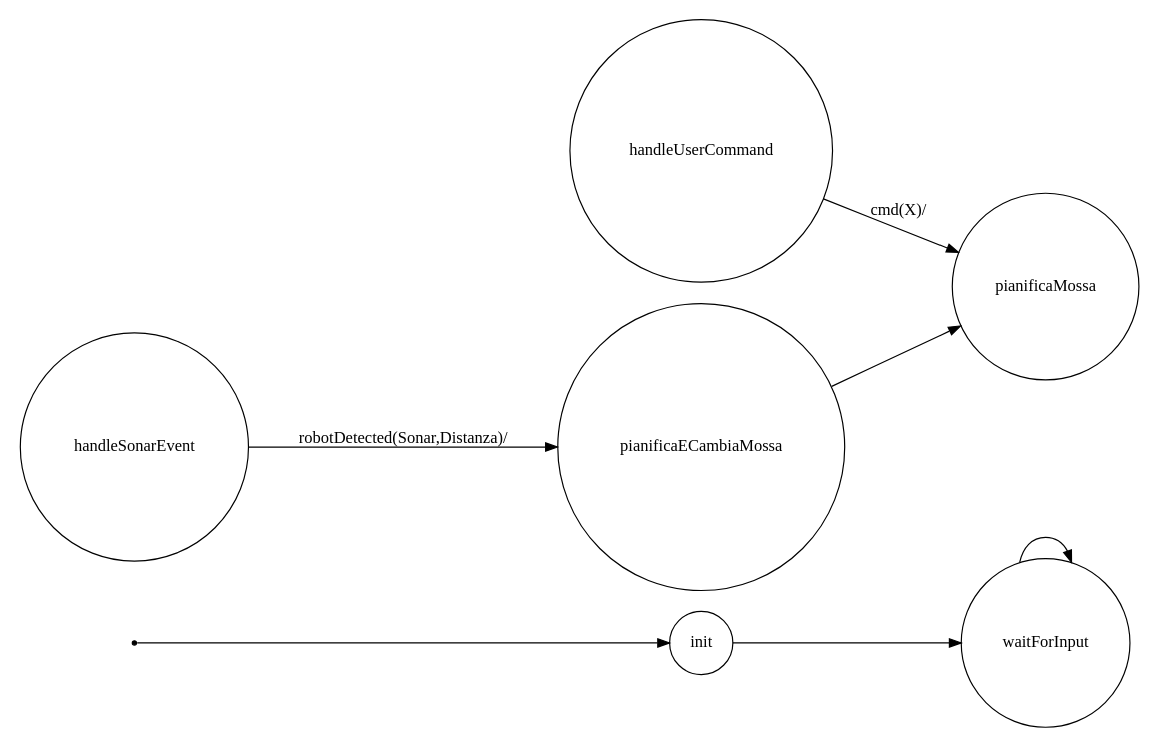
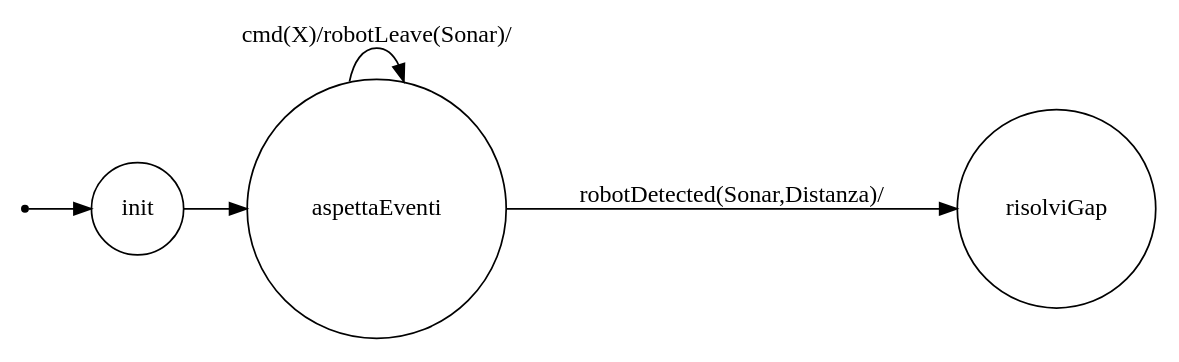
One commit to sabbio93/QRobotEvitaMuri changed the diagram in Model3/srcMore/it/unibo/robotmind/dotFsm.gv. Above: the diagram before and after it, drawn with Graphviz. The commit also changed 43 other files, not shown here.

```diff
--- a/Model3/srcMore/it/unibo/robotmind/dotFsm.gv
+++ b/Model3/srcMore/it/unibo/robotmind/dotFsm.gv
@@ -1,28 +1,23 @@
 /*
 *
 * A GraphViz DOT FSM description 
 * Please use a GraphViz visualizer (like http://www.webgraphviz.com)
 * 
 * Generated by AM,NC,RM
 *  
 */
  
 digraph finite_state_machine {
   	rankdir=LR;
   	size="8,5"
   	node [shape = point]; iniziale;
   	node [shape = doublecircle]; 
   	node [shape = circle];
   	iniziale -> init [label = ""];
   	
   	
-  	init -> waitForInput [ label = ""];
+  	init -> aspettaEventi [ label = ""];
   	
-  	waitForInput -> waitForInput [ label = ""];
-  	
-  	handleUserCommand -> pianificaMossa [ label = "cmd(X)/"];
-  	
-  	handleSonarEvent -> pianificaECambiaMossa [ label = "robotDetected(Sonar,Distanza)/"];
-  	
-  	pianificaECambiaMossa -> pianificaMossa [ label = ""];
+  	aspettaEventi -> aspettaEventi [ label = "cmd(X)/robotLeave(Sonar)/"];
+  	aspettaEventi -> risolviGap [ label = "robotDetected(Sonar,Distanza)/"];
 }
```
